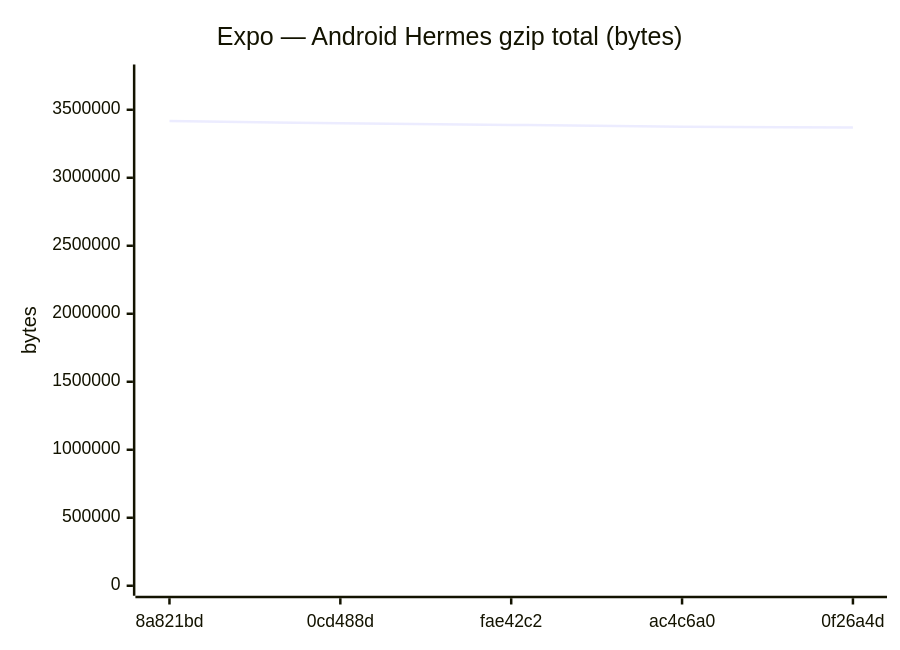
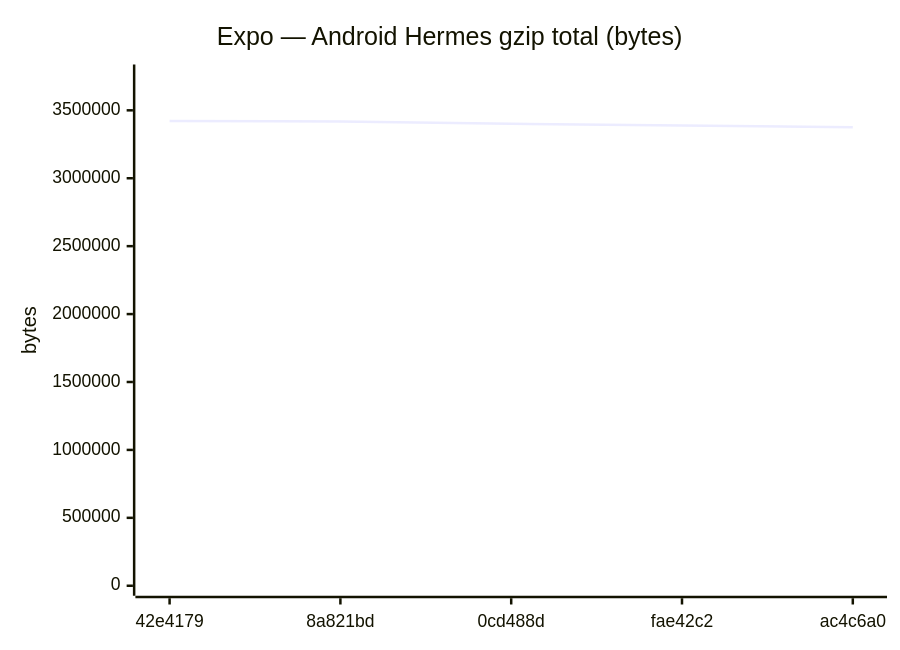
Diagram 11 of 18 in benchmarks/compare.md (Metaheurist/Rianell), drawn with Mermaid before and after one commit. The commit also changed other lines of this file and 11 other files, not shown here.

````diff
--- a/benchmarks/compare.md
+++ b/benchmarks/compare.md
@@ -172,7 +172,7 @@
 ```mermaid
 xychart-beta
     title "Expo — Android Hermes gzip total (bytes)"
-    x-axis ["8a821bd", "0cd488d", "fae42c2", "ac4c6a0", "0f26a4d"]
-    y-axis "bytes" 0 --> 3759385
-    line [3417622, 3400545, 3388765, 3375300, 3368860]
+    x-axis ["42e4179", "8a821bd", "0cd488d", "fae42c2", "ac4c6a0"]
+    y-axis "bytes" 0 --> 3763726
+    line [3421569, 3417622, 3400545, 3388765, 3375300]
 ```
````
